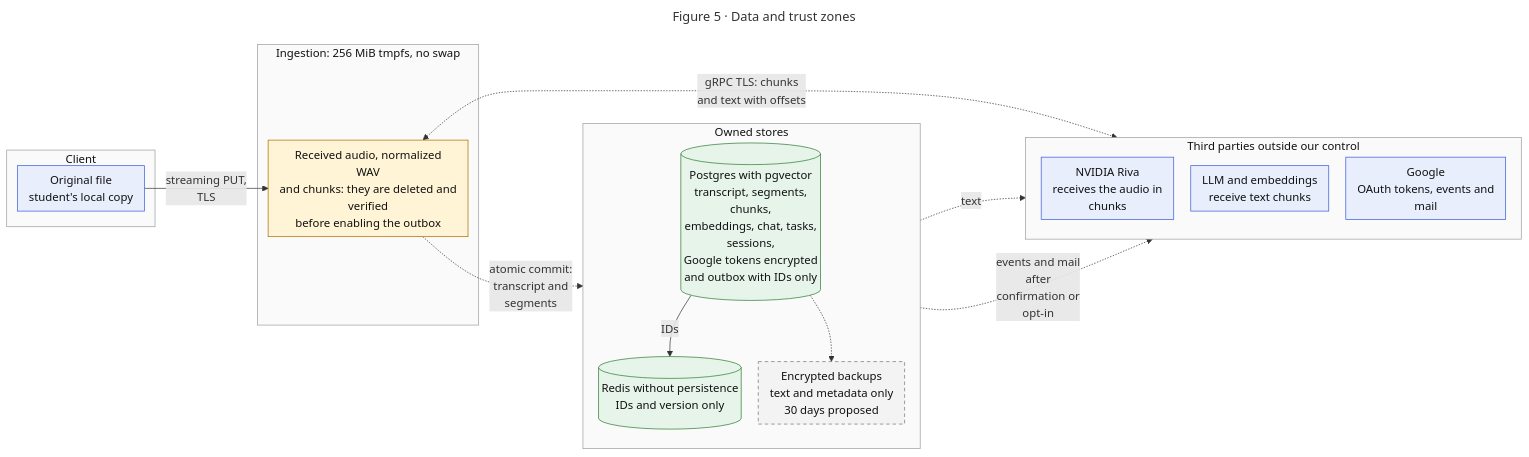
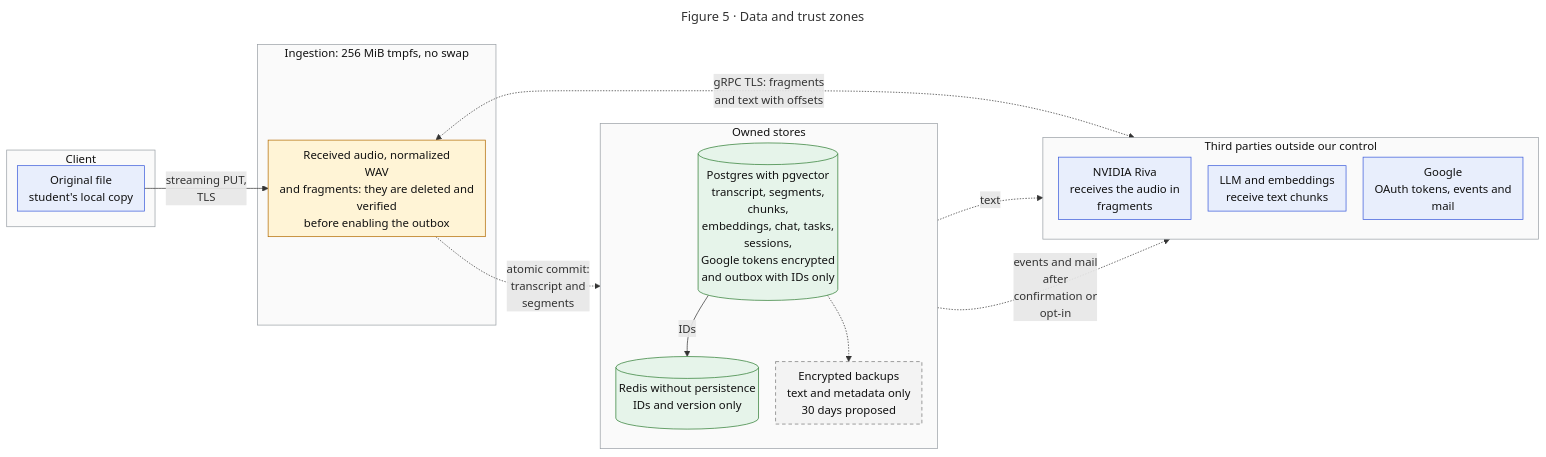
One commit to Nigrumhodo/Maulwurf changed the fifth of 5 diagrams in docs/ARCH.md. Above: the diagram before and after it, drawn with Mermaid. The commit also changed other lines of this file and 16 other files, not shown here.

````diff
--- a/docs/ARCH.md
+++ b/docs/ARCH.md
@@ -320,47 +320,47 @@
 ```mermaid
 ---
 title: "Figure 5 · Data and trust zones"
 config:
   flowchart:
     wrappingWidth: 330
     nodeSpacing: 24
     rankSpacing: 30
     padding: 8
 ---
 flowchart LR
     subgraph Z0["Client"]
         orig["Original file<br/>student's local copy"]:::ext
     end
     subgraph Z1["Ingestion: 256 MiB tmpfs, no swap"]
-        aud["Received audio, normalized<br/>WAV<br/>and chunks: they are deleted and<br/>verified<br/>before enabling the outbox"]:::efimero
+        aud["Received audio, normalized<br/>WAV<br/>and fragments: they are deleted and<br/>verified<br/>before enabling the outbox"]:::efimero
     end
     subgraph Z2["Owned stores"]
         direction TB
         pg[("Postgres with pgvector<br/>transcript, segments,<br/>chunks,<br/>embeddings, chat, tasks,<br/>sessions,<br/>Google tokens encrypted<br/>and outbox with IDs only")]:::propio
         bk["Encrypted backups<br/>text and metadata only<br/>30 days proposed"]:::plan
         rd[("Redis without persistence<br/>IDs and version only")]:::propio
     end
     subgraph Z4["Third parties outside our control"]
         direction TB
-        riva["NVIDIA Riva<br/>receives the audio in<br/>chunks"]:::ext
+        riva["NVIDIA Riva<br/>receives the audio in<br/>fragments"]:::ext
         llm["LLM and embeddings<br/>receive text chunks"]:::ext
         goo["Google<br/>OAuth tokens, events and<br/>mail"]:::ext
     end
 
     orig -->|"streaming PUT,<br/>TLS"| aud
-    aud <-.->|"gRPC TLS: chunks<br/>and text with offsets"| riva
+    aud <-.->|"gRPC TLS: fragments<br/>and text with offsets"| riva
     aud -.->|"atomic commit:<br/>transcript and<br/>segments"| pg
     pg -->|"IDs"| rd
     pg -.->|"text"| llm
     pg -.->|"events and mail<br/>after<br/>confirmation or<br/>opt-in"| goo
     pg -.-> bk
 
     classDef efimero fill:#fff4d6,stroke:#b26a00,color:#111
     classDef propio fill:#e6f4ea,stroke:#2e7d32,color:#111
     classDef plan fill:#f3f3f3,stroke:#777,stroke-dasharray:5 4,color:#111
     classDef ext fill:#e8eefc,stroke:#3b5bdb,color:#111
     style Z0 fill:#fafafa,stroke:#9aa0a6,color:#111
     style Z1 fill:#fafafa,stroke:#9aa0a6,color:#111
     style Z2 fill:#fafafa,stroke:#9aa0a6,color:#111
     style Z4 fill:#fafafa,stroke:#9aa0a6,color:#111
 ```
````
